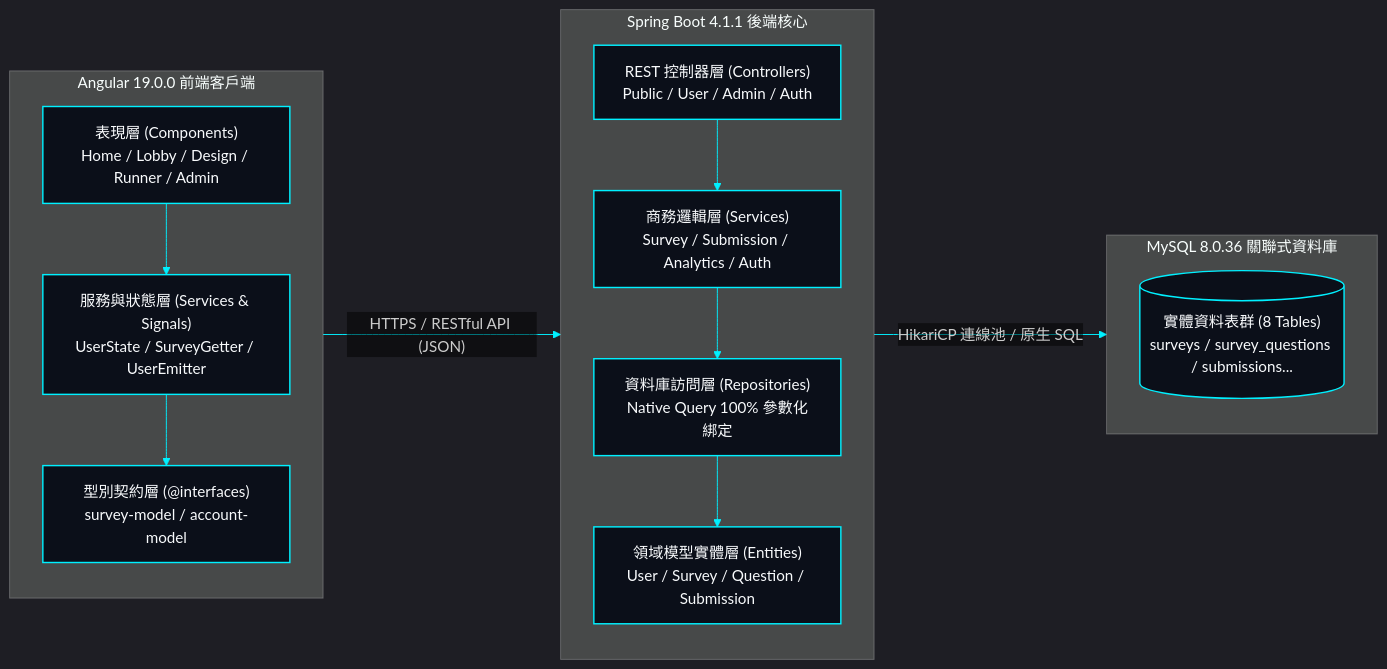
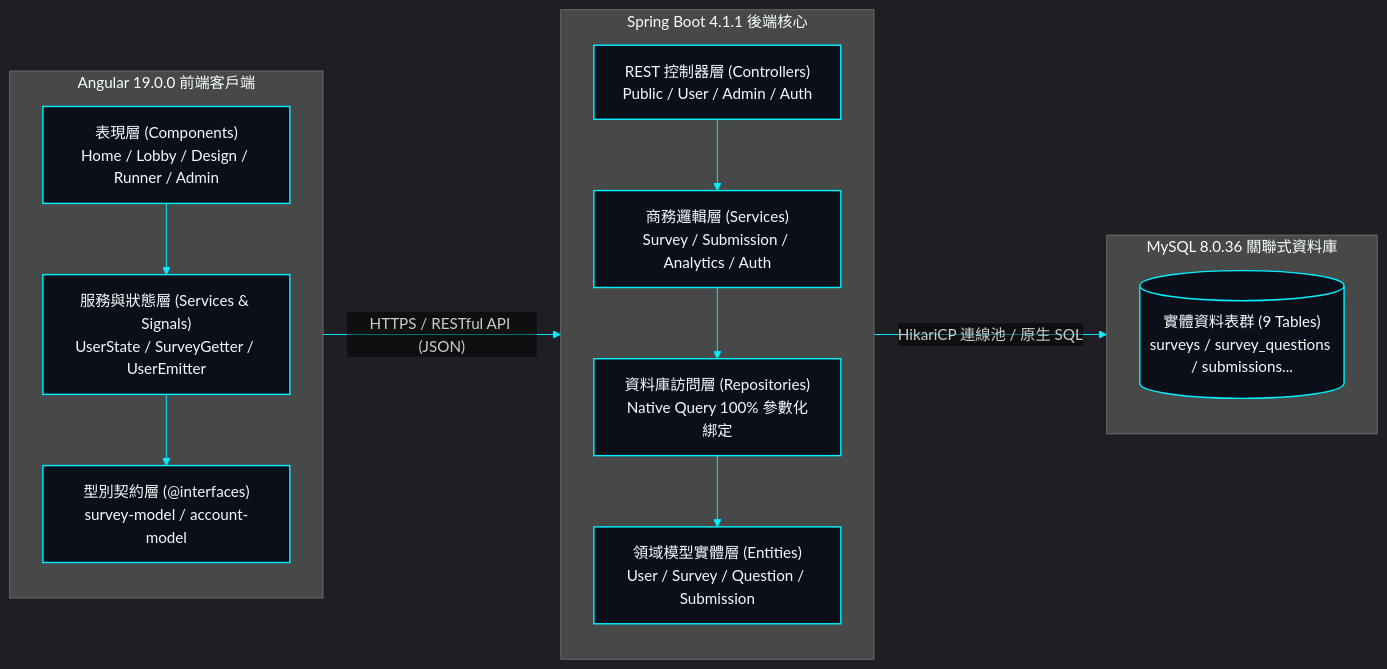
Before and after one commit to EricXJason/survey-flow: the diagram in docs/system-design/04-architecture.md, drawn with Mermaid. The commit also changed 10 other files, not shown here.

Commit message:
chore(release): unify sci-fi hud mermaid diagrams across all docs

````diff
--- a/docs/system-design/04-architecture.md
+++ b/docs/system-design/04-architecture.md
@@ -12,30 +12,44 @@
 ```mermaid
-%%{init: {'theme': 'dark', 'themeVariables': { 'darkMode': true, 'background': '#030712', 'primaryColor': '#0b0f19', 'primaryTextColor': '#f8fafc', 'primaryBorderColor': '#00f0ff', 'lineColor': '#00f0ff', 'edgeLabelBackground': 'transparent' }}}%%
+%%{init: {
+  'theme': 'dark',
+  'themeVariables': {
+    'darkMode': true,
+    'background': '#030712',
+    'primaryColor': '#0b0f19',
+    'primaryTextColor': '#f8fafc',
+    'primaryBorderColor': '#00f0ff',
+    'lineColor': '#00f0ff',
+    'edgeLabelBackground': 'transparent',
+    'tertiaryColor': '#0b0f19'
+  },
+  'themeCSS': '.edgeLabel, .edgeLabel rect, .edgeLabel span, .labelBkg { background: transparent !important; background-color: transparent !important; fill: transparent !important; border: none !important; } .edgeLabel, .edgeLabel span { color: #ffffff !important; fill: #ffffff !important; font-weight: 500 !important; } rect, .node rect, rect.actor { rx: 0px !important; ry: 0px !important; }',
+  'flowchart': { 'curve': 'linear' }
+}}%%
 flowchart LR
     classDef hudCard fill:#0b0f19,stroke:#00f0ff,stroke-width:1.5px,color:#f8fafc,rx:0px,ry:0px;
 
     subgraph FrontendApp ["Angular 19.0.0 前端客戶端"]
         direction TB
         UI_Components["表現層 (Components)<br/>Home / Lobby / Design / Runner / Admin"]:::hudCard
         UI_Services["服務與狀態層 (Services & Signals)<br/>UserState / SurveyGetter / UserEmitter"]:::hudCard
         UI_Contracts["型別契約層 (@interfaces)<br/>survey-model / account-model"]:::hudCard
         UI_Components --> UI_Services --> UI_Contracts
     end
 
     subgraph BackendApp ["Spring Boot 4.1.1 後端核心"]
         direction TB
         BE_Controllers["REST 控制器層 (Controllers)<br/>Public / User / Admin / Auth"]:::hudCard
         BE_Services["商務邏輯層 (Services)<br/>Survey / Submission / Analytics / Auth"]:::hudCard
         BE_Repos["資料庫訪問層 (Repositories)<br/>Native Query 100% 參數化綁定"]:::hudCard
         BE_Entities["領域模型實體層 (Entities)<br/>User / Survey / Question / Submission"]:::hudCard
         BE_Controllers --> BE_Services --> BE_Repos --> BE_Entities
     end
 
     subgraph DatabaseLayer ["MySQL 8.0.36 關聯式資料庫"]
         direction TB
-        DB_Tables[("實體資料表群 (8 Tables)<br/>surveys / survey_questions / submissions...")]:::hudCard
+        DB_Tables[("實體資料表群 (9 Tables)<br/>surveys / survey_questions / submissions...")]:::hudCard
     end
 
     FrontendApp -->|"HTTPS / RESTful API (JSON)"| BackendApp
     BackendApp -->|"HikariCP 連線池 / 原生 SQL"| DatabaseLayer
 ```
````
